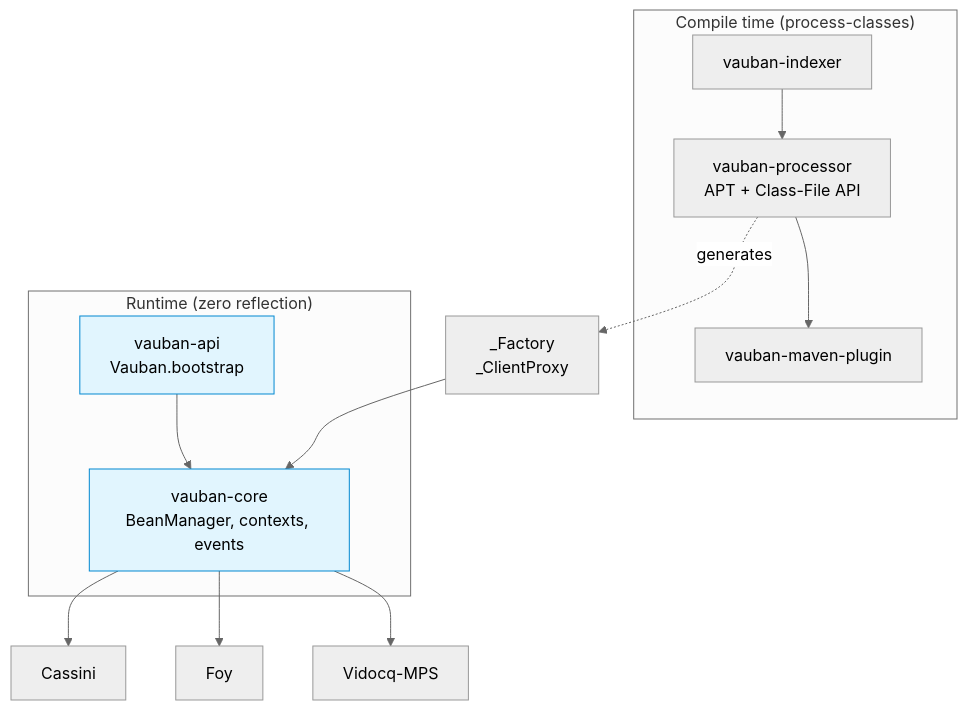
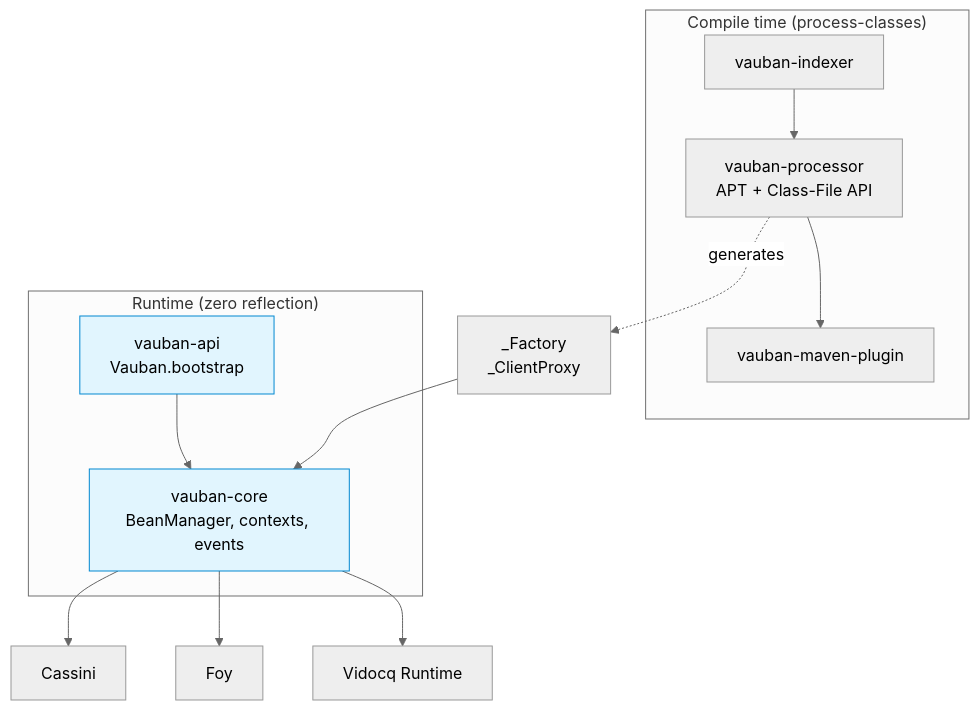
The diagram in docs/en/modules/ROOT/pages/index.adoc (vidocq-stack/vauban), drawn with Mermaid (neutral theme) before and after one commit. The commit also changed 10 other files, not shown here.

Commit message:
docs: rename vidocq-mps → vidocq (Vidocq Runtime)

```diff
--- a/docs/en/modules/ROOT/pages/index.adoc
+++ b/docs/en/modules/ROOT/pages/index.adoc
@@ -37,23 +37,23 @@
 [mermaid]
 ....
 graph TB
   subgraph Build["Compile time (process-classes)"]
     IDX[vauban-indexer]
     PROC[vauban-processor<br/>APT + Class-File API]
     PLUGIN[vauban-maven-plugin]
     IDX --> PROC
     PROC --> PLUGIN
   end
   subgraph Runtime["Runtime (zero reflection)"]
     API[vauban-api<br/>Vauban.bootstrap]
     CORE[vauban-core<br/>BeanManager, contexts, events]
     API --> CORE
   end
   PROC -.generates.-> FACT[_Factory<br/>_ClientProxy]
   FACT --> CORE
   CORE --> CASSINI[Cassini]
   CORE --> FOY[Foy]
-  CORE --> MPS[Vidocq-MPS]
+  CORE --> MPS[Vidocq Runtime]
   classDef rt fill:#e1f5fe,stroke:#0288d1
   class CORE,API rt
 ....
```
